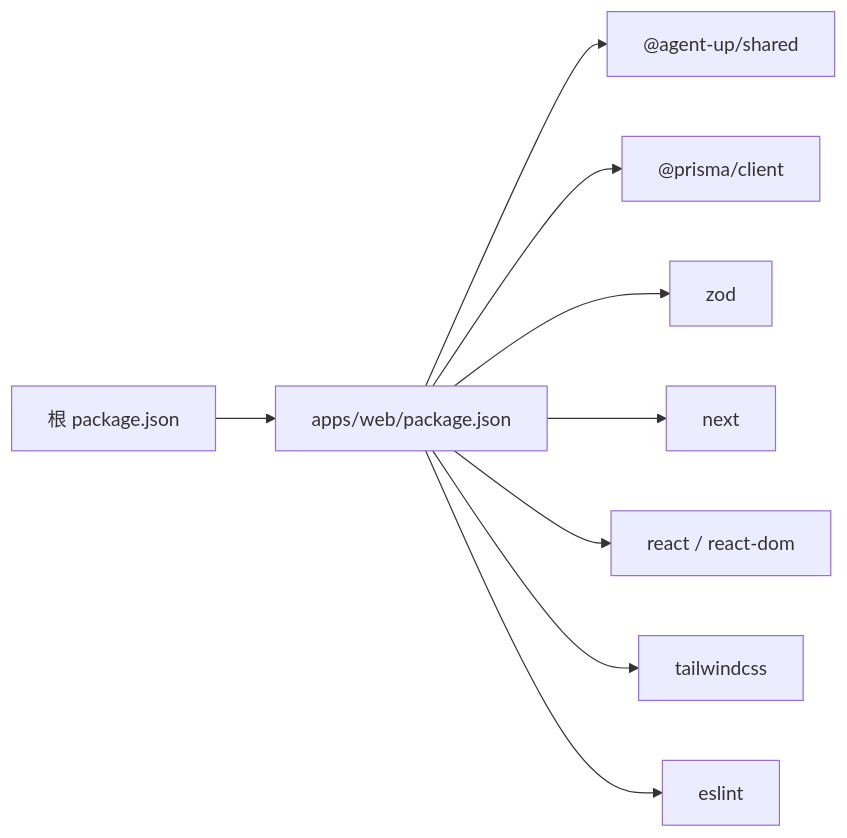
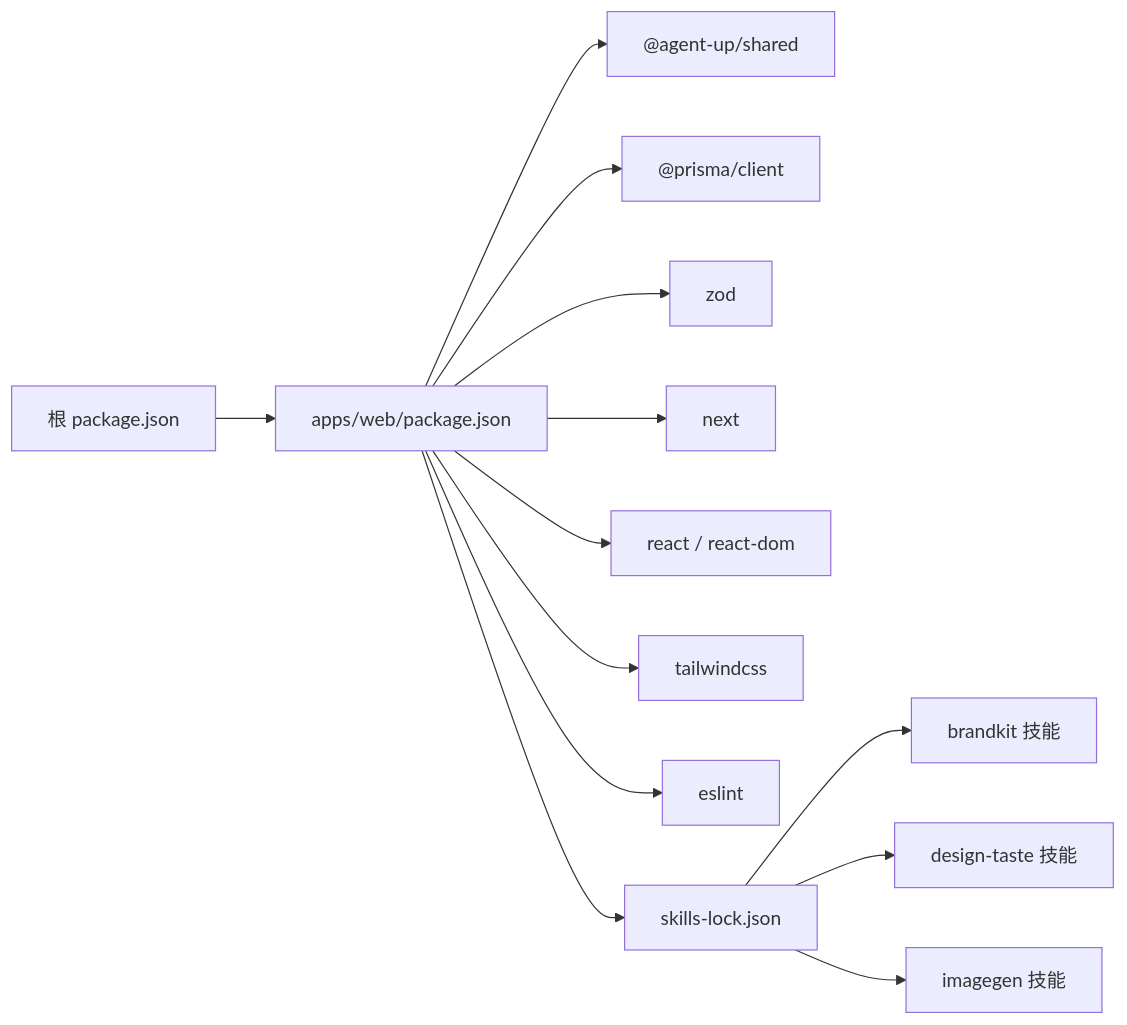
Before and after one commit to ai-guru-global/agent-up: the seventh of 7 diagrams in .qoder/repowiki/zh/content/功能模块/Skills 市场.md, drawn with Mermaid. The commit also changed other lines of this file and 105 other files, not shown here.

````diff
--- a/.qoder/repowiki/zh/content/功能模块/Skills 市场.md
+++ b/.qoder/repowiki/zh/content/功能模块/Skills 市场.md
@@ -451,11 +587,15 @@
 ```mermaid
 graph LR
 PkgRoot["根 package.json"] --> WebPkg["apps/web/package.json"]
 WebPkg --> Shared["@agent-up/shared"]
 WebPkg --> Prisma["@prisma/client"]
 WebPkg --> Zod["zod"]
 WebPkg --> Next["next"]
 WebPkg --> React["react / react-dom"]
 WebPkg --> Tailwind["tailwindcss"]
 WebPkg --> ESLint["eslint"]
+WebPkg --> SkillsLock["skills-lock.json"]
+SkillsLock --> BrandKit["brandkit 技能"]
+SkillsLock --> DesignTaste["design-taste 技能"]
+SkillsLock --> ImageGen["imagegen 技能"]
 ```
````
